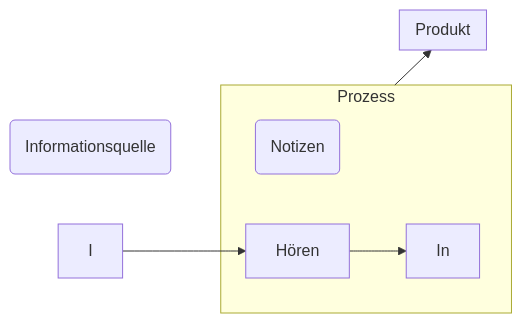
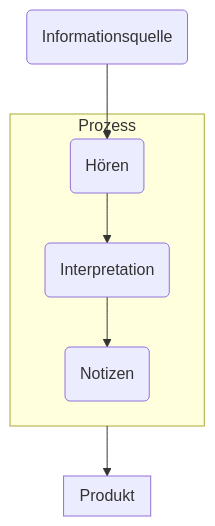
The diagram in 📝 - Arbeitsplatz/Aufschlüsselung der Effekte von Notizen.md (julianstoerig/zettelkasten), drawn with Mermaid before and after one commit. The commit also changed 1 other file, not shown here.

Commit message:
automatic version-control: 2021-01-15 18:28:18

````diff
--- a/📝 - Arbeitsplatz/Aufschlüsselung der Effekte von Notizen.md
+++ b/📝 - Arbeitsplatz/Aufschlüsselung der Effekte von Notizen.md
@@ -1,19 +1,20 @@
 ```mermaid
-flowchart LR
+flowchart TD
 
-IQ(Informationsquelle)
+Iq(Informationsquelle)
 N(Notizen)
-H[Hören]
-I --> H
+H(Hören)
+I(Interpretation)
+Iq --> H
 
 subgraph Ps[Prozess]
-	H --> In
-	N
+	H --> I
+	I --> N
 end
 
 subgraph Pt[Produkt]
 	
 end
 
 Ps --> Pt
 ```
````
